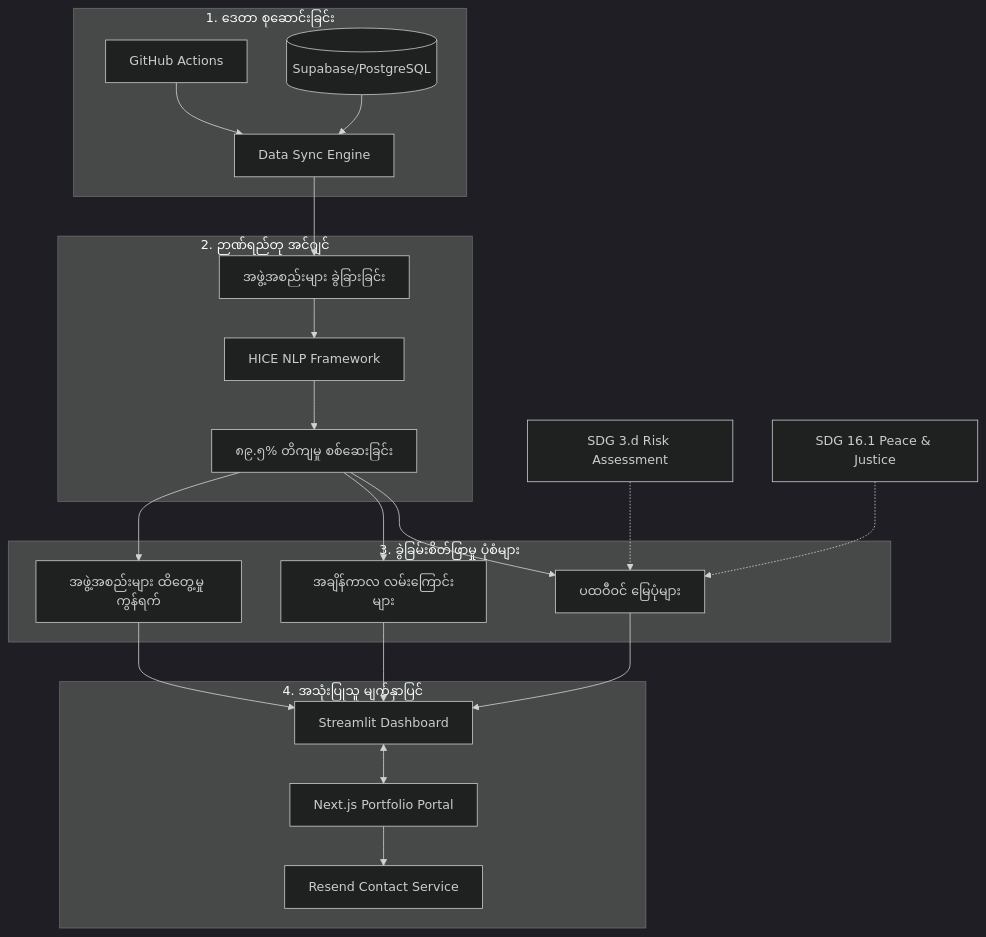
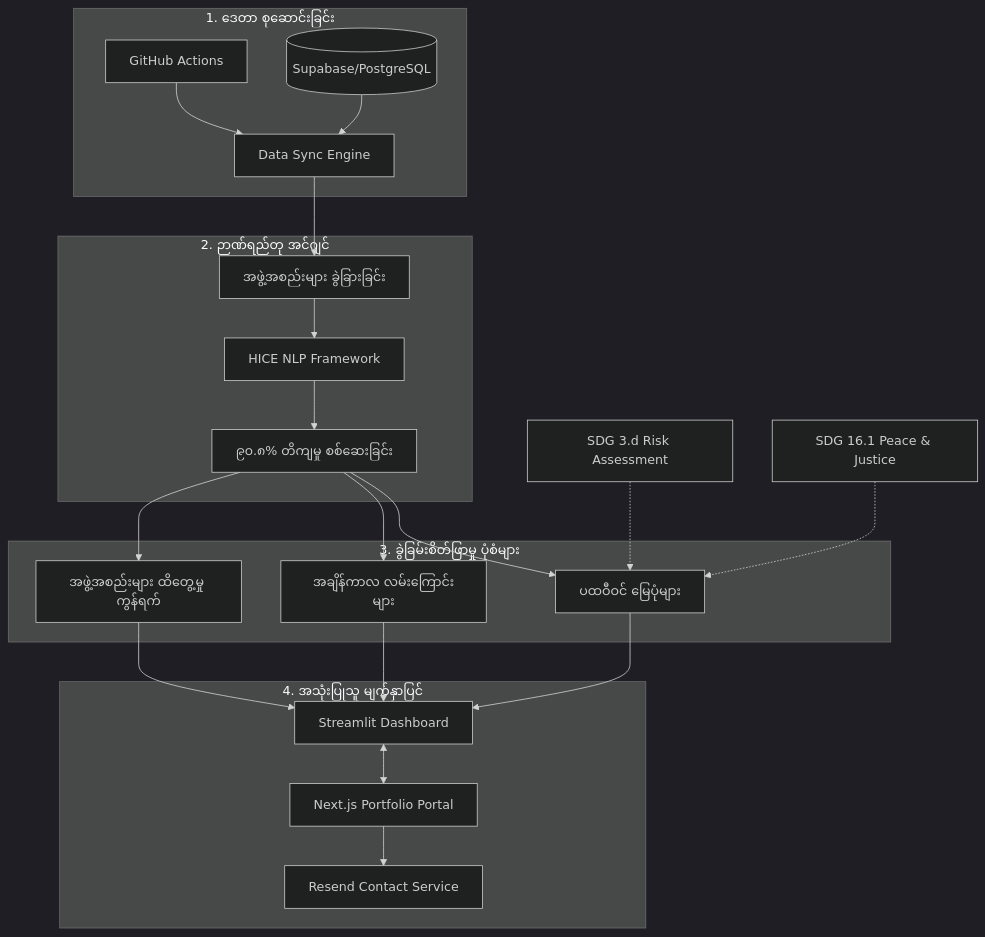
Before and after one commit to TainYanTun/Myanmar-conflict-observatory: the diagram in docs/myanmar_translation.md, drawn with Mermaid (dark theme). The commit also changed other lines of this file, not shown here.

````diff
--- a/docs/myanmar_translation.md
+++ b/docs/myanmar_translation.md
@@ -31,56 +32,56 @@
 ```mermaid
 flowchart TD
 
 %% Strategic Alignment
 SDG3[SDG 3.d Risk Assessment]
 SDG16[SDG 16.1 Peace & Justice]
 
 %% 1. Data Ingestion
 subgraph "1. ဒေတာ စုဆောင်းခြင်း"
     GHA[GitHub Actions]
     Sync[Data Sync Engine]
     Supabase[(Supabase/PostgreSQL)]
     
     GHA --> Sync
     Supabase --> Sync
 end
 
 %% 2. Intelligence Engine
 subgraph "2. ဉာဏ်ရည်တု အင်ဂျင်"
     Actor[အဖွဲ့အစည်းများ ခွဲခြားခြင်း]
     NLP[HICE NLP Framework]
-    Validation[၈၉.၅% တိကျမှု စစ်ဆေးခြင်း]
+    Validation[၉၀.၈% တိကျမှု စစ်ဆေးခြင်း]
 
     Sync --> Actor
     Actor --> NLP
     NLP --> Validation
 end
 
 %% 3. Analytical Models
 subgraph "3. ခွဲခြမ်းစိတ်ဖြာမှု ပုံစံများ"
     Geo[ပထဝီဝင် မြေပုံများ]
     Temp[အချိန်ကာလ လမ်းကြောင်းများ]
     Net[အဖွဲ့အစည်းများ ထိတွေ့မှု ကွန်ရက်]
 
     Validation --> Geo
     Validation --> Temp
     Validation --> Net
 end
 
 %% 4. Mission Control
 subgraph "4. အသုံးပြုသူ မျက်နှာပြင်"
     Dashboard[Streamlit Dashboard]
     NextJS[Next.js Portfolio Portal]
     Resend[Resend Contact Service]
 
     Geo --> Dashboard
     Temp --> Dashboard
     Net --> Dashboard
     Dashboard <--> NextJS
     NextJS --> Resend
 end
 
 %% Strategic influence
 SDG3 -.-> Geo
 SDG16 -.-> Geo
 ```
````
